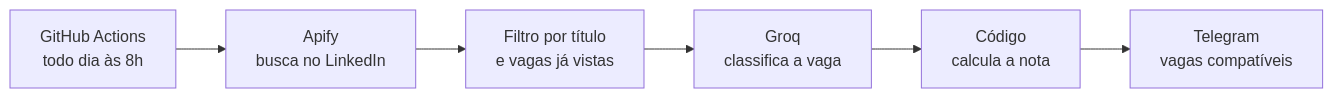
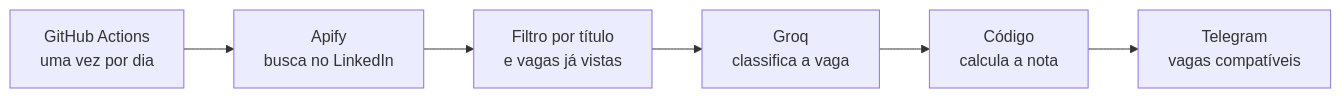
The diagram in README.md (laisbrme/robo-vagas-linkedin), drawn with Mermaid before and after one commit. The commit also changed 1 other file, not shown here.

Commit message:
📝 docs: remove a promessa de horário exato da execução agendada

````diff
--- a/README.md
+++ b/README.md
@@ -19,8 +19,8 @@
 ```mermaid
 flowchart LR
-    A["GitHub Actions<br/>todo dia às 8h"] --> B["Apify<br/>busca no LinkedIn"]
+    A["GitHub Actions<br/>uma vez por dia"] --> B["Apify<br/>busca no LinkedIn"]
     B --> C["Filtro por título<br/>e vagas já vistas"]
     C --> D["Groq<br/>classifica a vaga"]
     D --> E["Código<br/>calcula a nota"]
     E --> F["Telegram<br/>vagas compatíveis"]
 ```
````
